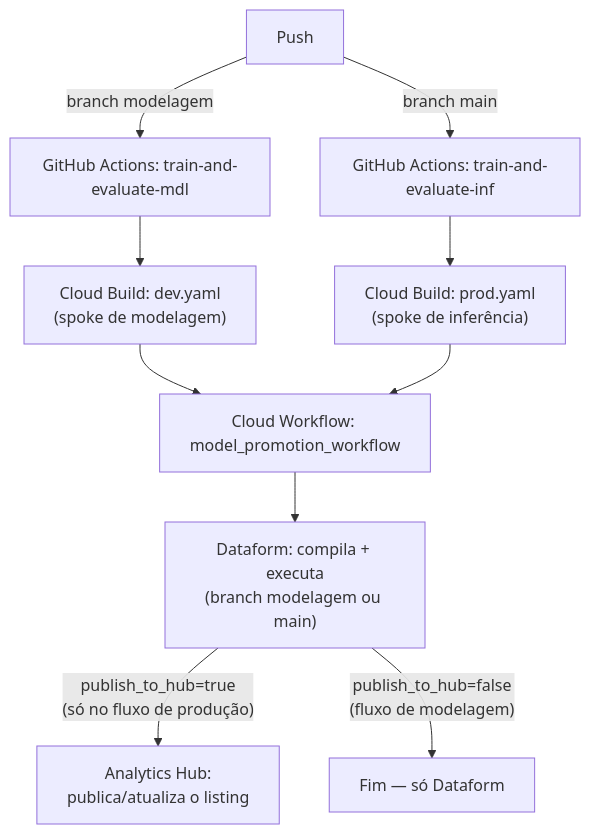
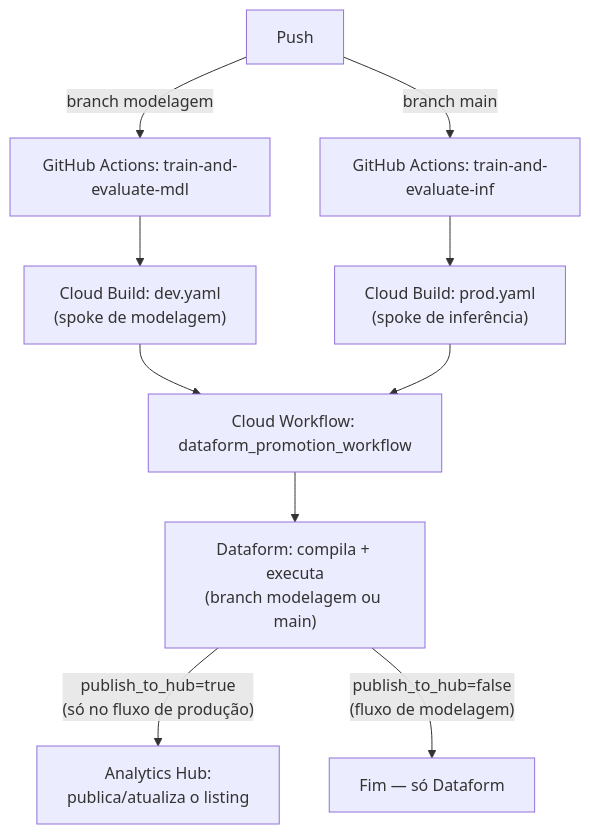
Before and after one commit to mattheusamericano/terraform: the diagram in hub-and-spoke-data-flow/template/README.md, drawn with Mermaid. The commit also changed other lines of this file and 4 other files, not shown here.

````diff
--- a/hub-and-spoke-data-flow/template/README.md
+++ b/hub-and-spoke-data-flow/template/README.md
@@ -9,15 +9,15 @@
 ```mermaid
 flowchart TD
     A["Push"] -->|"branch modelagem"| B["GitHub Actions: train-and-evaluate-mdl"]
     A -->|"branch main"| C["GitHub Actions: train-and-evaluate-inf"]
 
     B --> D["Cloud Build: dev.yaml\n(spoke de modelagem)"]
     C --> E["Cloud Build: prod.yaml\n(spoke de inferência)"]
 
-    D --> F["Cloud Workflow: model_promotion_workflow"]
+    D --> F["Cloud Workflow: dataform_promotion_workflow"]
     E --> F
 
     F --> G["Dataform: compila + executa\n(branch modelagem ou main)"]
     G -->|"publish_to_hub=true\n(só no fluxo de produção)"| H["Analytics Hub:\npublica/atualiza o listing"]
     G -->|"publish_to_hub=false\n(fluxo de modelagem)"| I["Fim — só Dataform"]
 ```
````
